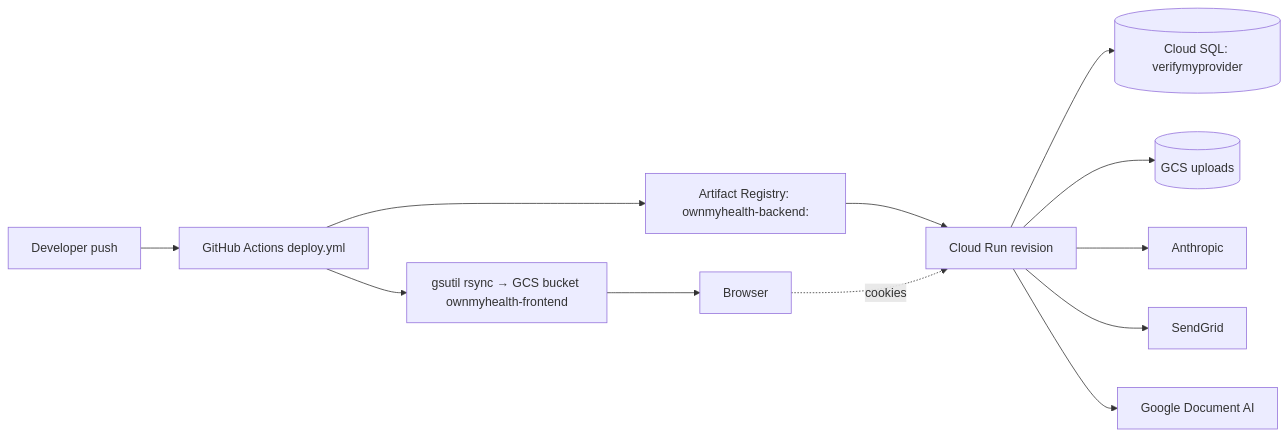
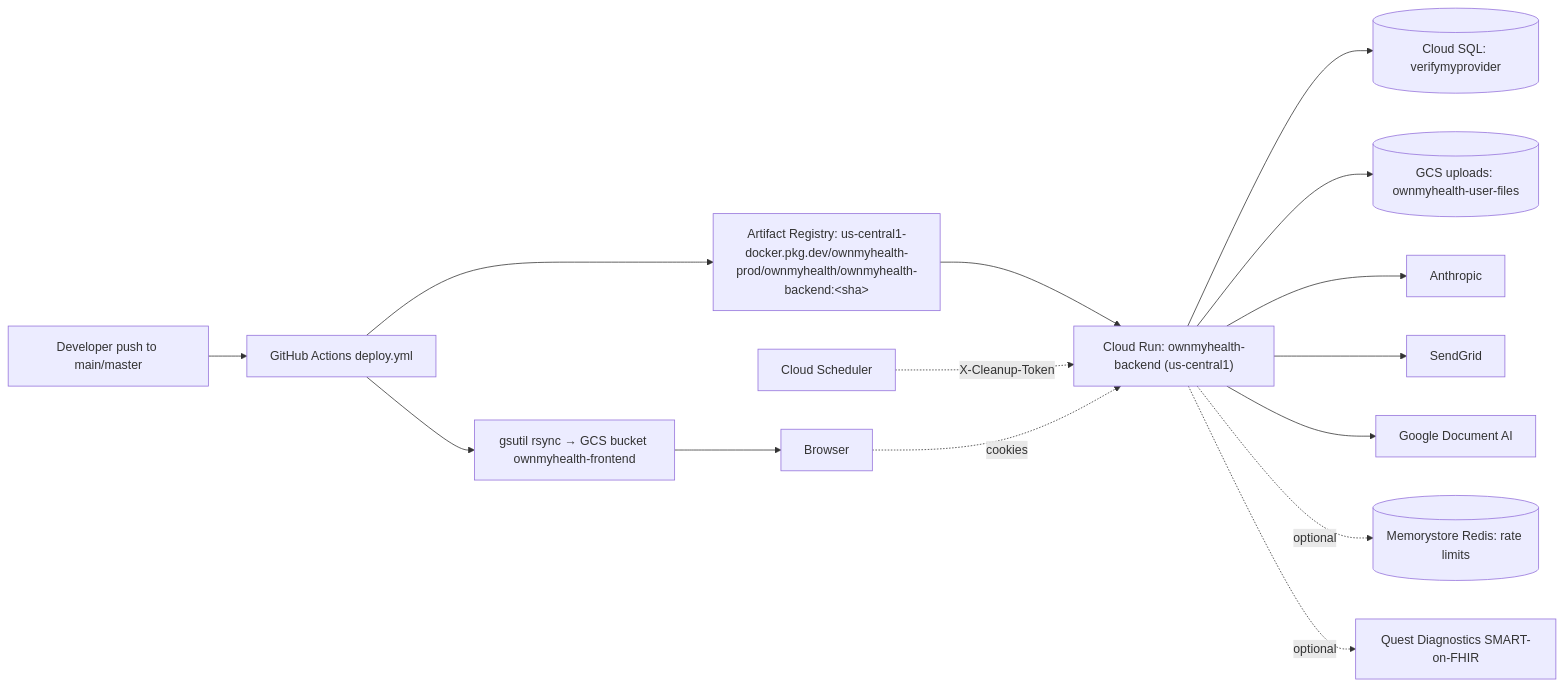
The diagram in prompts/15-runbook-doc.md (breilly1296/OwnMyHealth-Claude), drawn with Mermaid before and after one commit. The commit also changed other lines of this file and 48 other files, not shown here.

````diff
--- a/prompts/15-runbook-doc.md
+++ b/prompts/15-runbook-doc.md
@@ -81,14 +90,17 @@
 ```mermaid
 flowchart LR
-  dev[Developer push] --> gh[GitHub Actions deploy.yml]
-  gh --> img[Artifact Registry: ownmyhealth-backend:<sha>]
+  dev[Developer push to main/master] --> gh[GitHub Actions deploy.yml]
+  gh --> img["Artifact Registry: us-central1-docker.pkg.dev/ownmyhealth-prod/ownmyhealth/ownmyhealth-backend:&lt;sha&gt;"]
   gh --> fe[gsutil rsync → GCS bucket ownmyhealth-frontend]
-  img --> cr[Cloud Run revision]
+  img --> cr["Cloud Run: ownmyhealth-backend (us-central1)"]
   cr --> sql[(Cloud SQL: verifymyprovider)]
-  cr --> gcs[(GCS uploads)]
+  cr --> gcs[(GCS uploads: ownmyhealth-user-files)]
   cr --> anth[Anthropic]
   cr --> sg[SendGrid]
   cr --> dai[Google Document AI]
+  cr -.optional.-> redis[(Memorystore Redis: rate limits)]
+  cr -.optional.-> quest[Quest Diagnostics SMART-on-FHIR]
+  sched[Cloud Scheduler] -.X-Cleanup-Token.-> cr
   fe --> browser[Browser]
   browser -.cookies.-> cr
 ```
````
